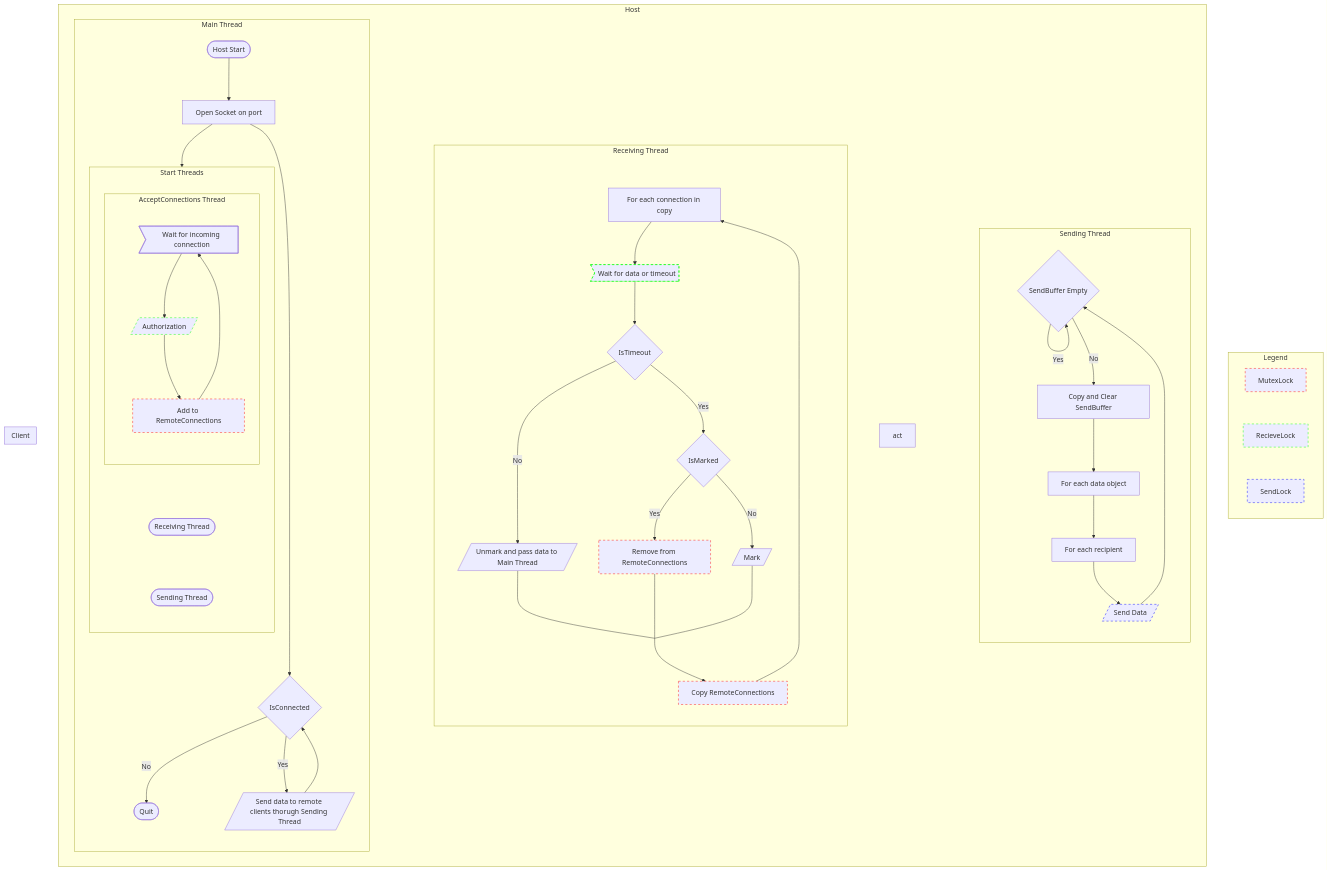
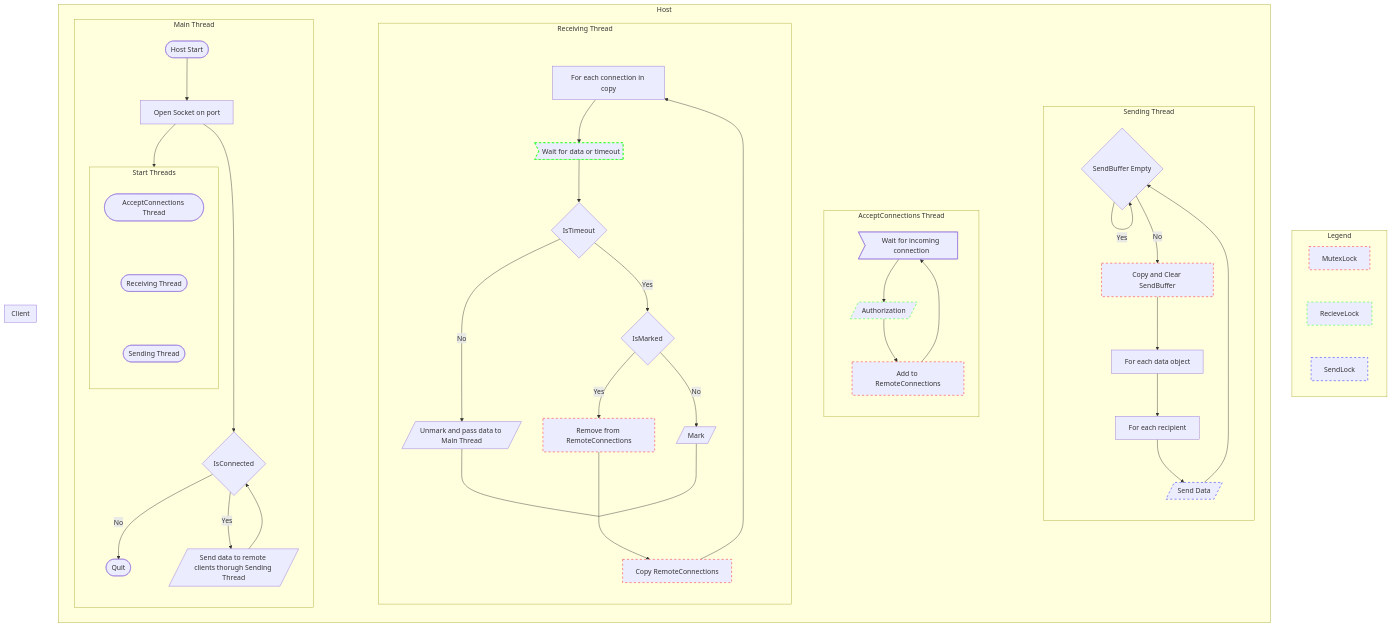
Before and after one commit to GMcMichael/ThornNetworking: the diagram in README.md, drawn with Mermaid.

Commit message:
Fixed README.md format

````diff
--- a/README.md
+++ b/README.md
@@ -1,52 +1,52 @@
 ```mermaid
 flowchart
+    classDef hidden display: none;
+    classDef MutexLock stroke:#ff0000, stroke-dasharray: 5 5;
+    classDef RecieveLock stroke:#00ff00, stroke-dasharray: 5 5;
+    classDef SendLock stroke:#0000ff, stroke-dasharray: 5 5;
     subgraph Legend
         direction TB
         ml[MutexLock]:::MutexLock ~~~ rl[RecieveLock]:::RecieveLock ~~~ sl[SendLock]:::SendLock
     end
     subgraph Host
         direction LR
-        mt ~~~~ rt ~~~ act ~~~~ st
-        subgraph mt [Main Thread]
+        MainThread ~~~~ ReceivingThread ~~~ AcceptConnectionsThread ~~~~ SendingThread
+        subgraph MainThread [Main Thread]
             direction TB
             HostStart([Host Start]) --> OpenSocket[Open Socket on port]
             OpenSocket ---> IsConnected{IsConnected}
             IsConnected -- No --> HostQuit([Quit])
             IsConnected -- Yes --> HostSendData[/Send data to remote clients thorugh Sending Thread/] --> IsConnected
             OpenSocket --> HostStartThreads
             subgraph HostStartThreads [Start Threads]
                 direction TB
-                AcceptConnectionsThread([AcceptConnections Thread]) ~~~ ReceivingThread([Receiving Thread]) ~~~ SendingThread([Sending Thread])
+                act([AcceptConnections Thread]) ~~~ rt([Receiving Thread]) ~~~ st([Sending Thread])
             end
         end
         subgraph AcceptConnectionsThread [AcceptConnections Thread]
             direction TB
             WaitConnection>Wait for incoming connection] --> Authorization[/Authorization/]:::RecieveLock --> AddConnection[Add to RemoteConnections]:::MutexLock --> WaitConnection
         end
-        subgraph rt [Receiving Thread]
+        subgraph ReceivingThread [Receiving Thread]
             direction TB
             CopyConnections[Copy RemoteConnections]:::MutexLock --> ConnectionLoop
             h1:::hidden
             subgraph h1[" "]
                 ConnectionLoop[For each connection in copy] --> DataWait>Wait for data or timeout]:::RecieveLock --> IsTimeout{IsTimeout} -- No --> PassData[/Unmark and pass data to Main Thread/]
                 IsTimeout -- Yes --> IsMarked{IsMarked} -- Yes --> RemoveConnection[Remove from RemoteConnections]:::MutexLock
                 IsMarked -- No --> Mark[/Mark/]
             end
             PassData & RemoveConnection & Mark --- h2[" "]:::hidden --> CopyConnections
         end
-        subgraph st [Sending Thread]
+        subgraph SendingThread [Sending Thread]
             direction TB
             SendBufferEmpty{SendBuffer Empty} -- Yes --> SendBufferEmpty
-            SendBufferEmpty -- No --> CopyBuffer[Copy and Clear SendBuffer]:::MutexLOck --> DataObjLoop[For each data object] --> RecipientLoop[For each recipient]
+            SendBufferEmpty -- No --> CopyBuffer[Copy and Clear SendBuffer]:::MutexLock --> DataObjLoop[For each data object] --> RecipientLoop[For each recipient]
             RecipientLoop --> SendData[/Send Data/]:::SendLock --> SendBufferEmpty
         end
     end
     subgraph Client
         direction TB
         
     end
-    classDef hidden display: none;
-    classDef MutexLock stroke:#ff0000, stroke-dasharray: 5 5;
-    classDef RecieveLock stroke:#00ff00, stroke-dasharray: 5 5;
-    classDef SendLock stroke:#0000ff, stroke-dasharray: 5 5;
 ```
````
